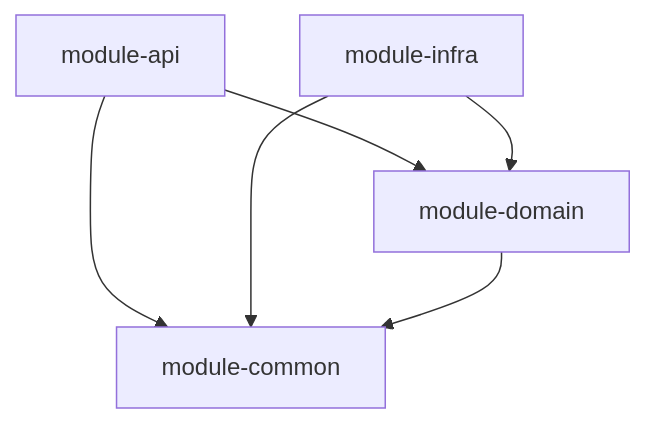
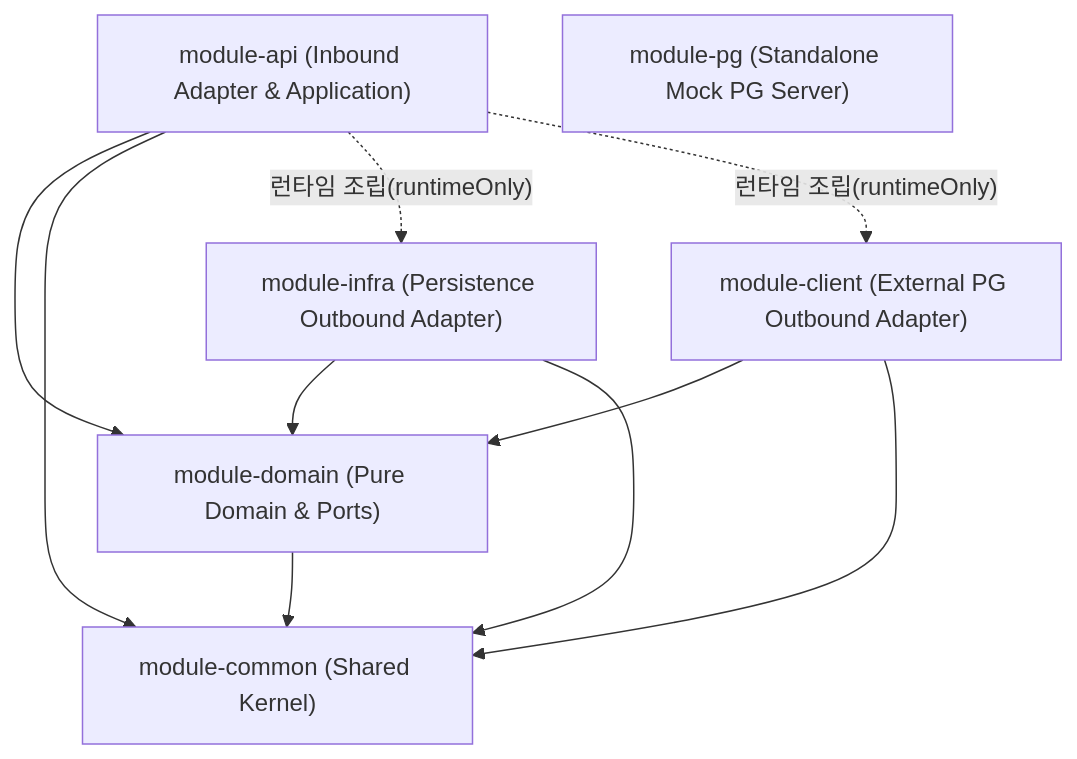
One commit to yeondububub/bank-system changed the diagram in docs/adr/0001-multi-module-architecture.md. Above: the diagram before and after it, drawn with Mermaid. The commit also changed other lines of this file and 6 other files, not shown here.

````diff
--- a/docs/adr/0001-multi-module-architecture.md
+++ b/docs/adr/0001-multi-module-architecture.md
@@ -12,8 +19,13 @@
 ```mermaid
 graph TD
-    api[module-api] --> domain[module-domain]
-    api --> common[module-common]
-    infra[module-infra] --> domain
+    api["module-api (Inbound Adapter & Application)"] --> domain["module-domain (Pure Domain & Ports)"]
+    api --> common["module-common (Shared Kernel)"]
+    api -. "런타임 조립(runtimeOnly)" .-> infra["module-infra (Persistence Outbound Adapter)"]
+    api -. "런타임 조립(runtimeOnly)" .-> client["module-client (External PG Outbound Adapter)"]
+    infra --> domain
     infra --> common
+    client --> domain
+    client --> common
     domain --> common
+    pg["module-pg (Standalone Mock PG Server)"]
 ```
````
